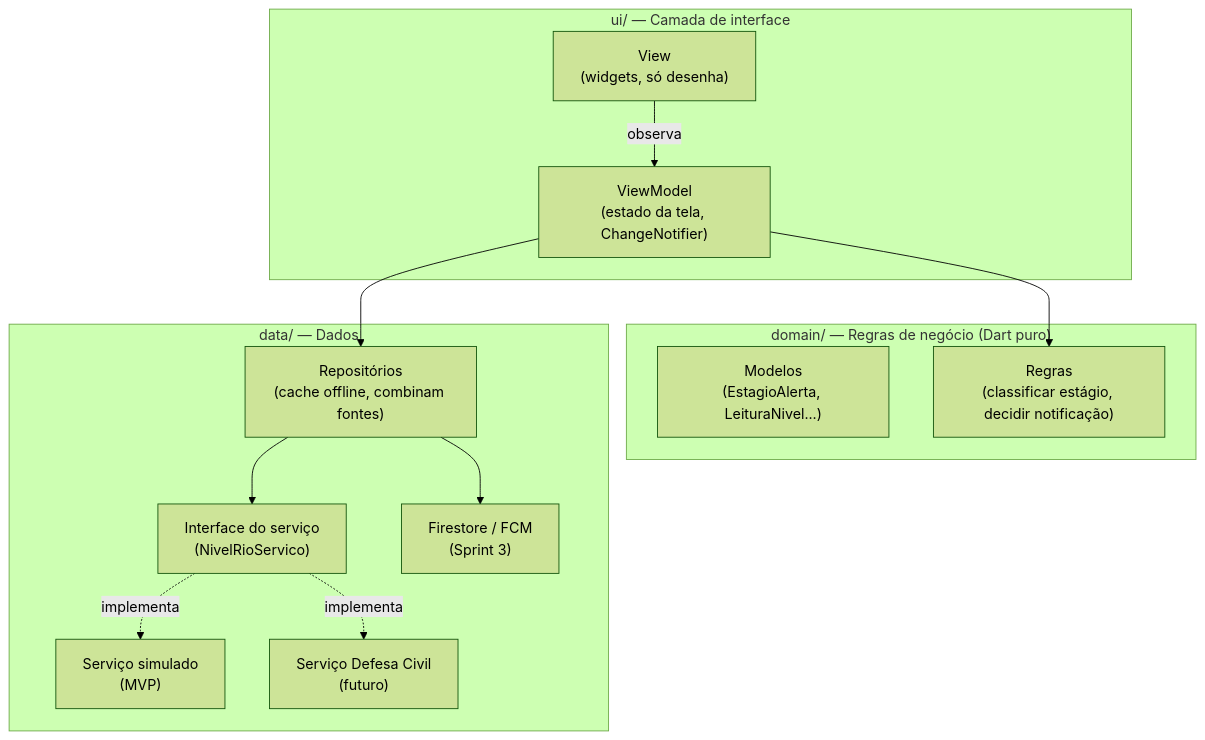
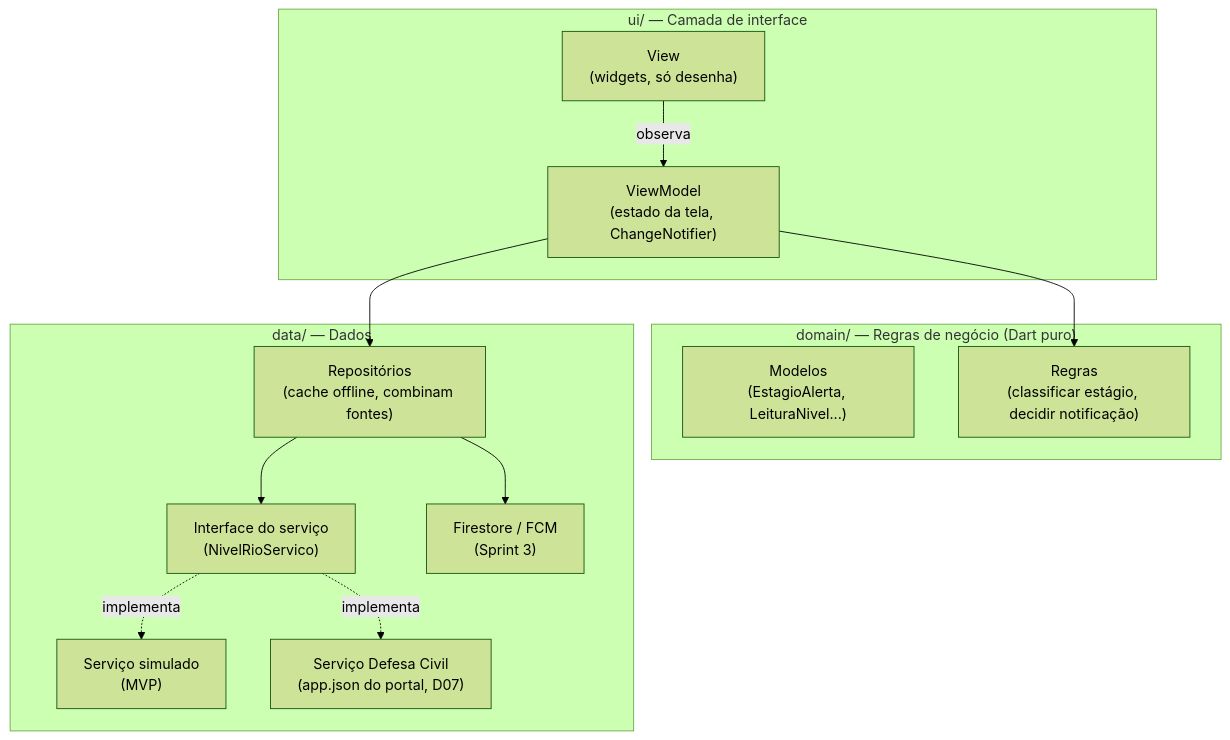
Before and after one commit to C4v4lc4ntt/alerta-cheia-itajai: the diagram in docs/arquitetura.md, drawn with Mermaid (forest theme).

Commit message:
docs: serviço da Defesa Civil implementado no diagrama

````diff
--- a/docs/arquitetura.md
+++ b/docs/arquitetura.md
@@ -13,25 +13,25 @@
 ```mermaid
 flowchart TB
   subgraph UI["ui/ — Camada de interface"]
     V["View<br/>(widgets, só desenha)"]
     VM["ViewModel<br/>(estado da tela, ChangeNotifier)"]
   end
   subgraph DOMAIN["domain/ — Regras de negócio (Dart puro)"]
     M["Modelos<br/>(EstagioAlerta, LeituraNivel...)"]
     R["Regras<br/>(classificar estágio, decidir notificação)"]
   end
   subgraph DATA["data/ — Dados"]
     REP["Repositórios<br/>(cache offline, combinam fontes)"]
     SI["Interface do serviço<br/>(NivelRioServico)"]
     FAKE["Serviço simulado<br/>(MVP)"]
-    REAL["Serviço Defesa Civil<br/>(futuro)"]
+    REAL["Serviço Defesa Civil<br/>(app.json do portal, D07)"]
     FB["Firestore / FCM<br/>(Sprint 3)"]
   end
   V -->|observa| VM
   VM --> R
   VM --> REP
   REP --> SI
   SI -.implementa.-> FAKE
   SI -.implementa.-> REAL
   REP --> FB
 ```
````
